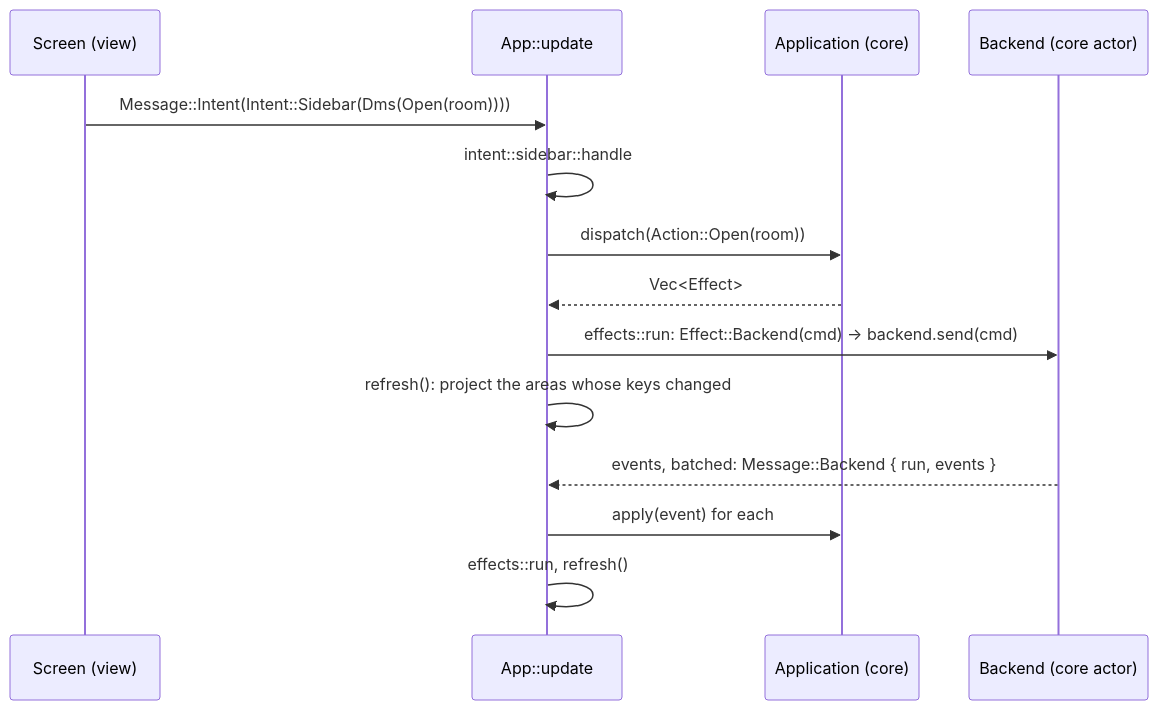
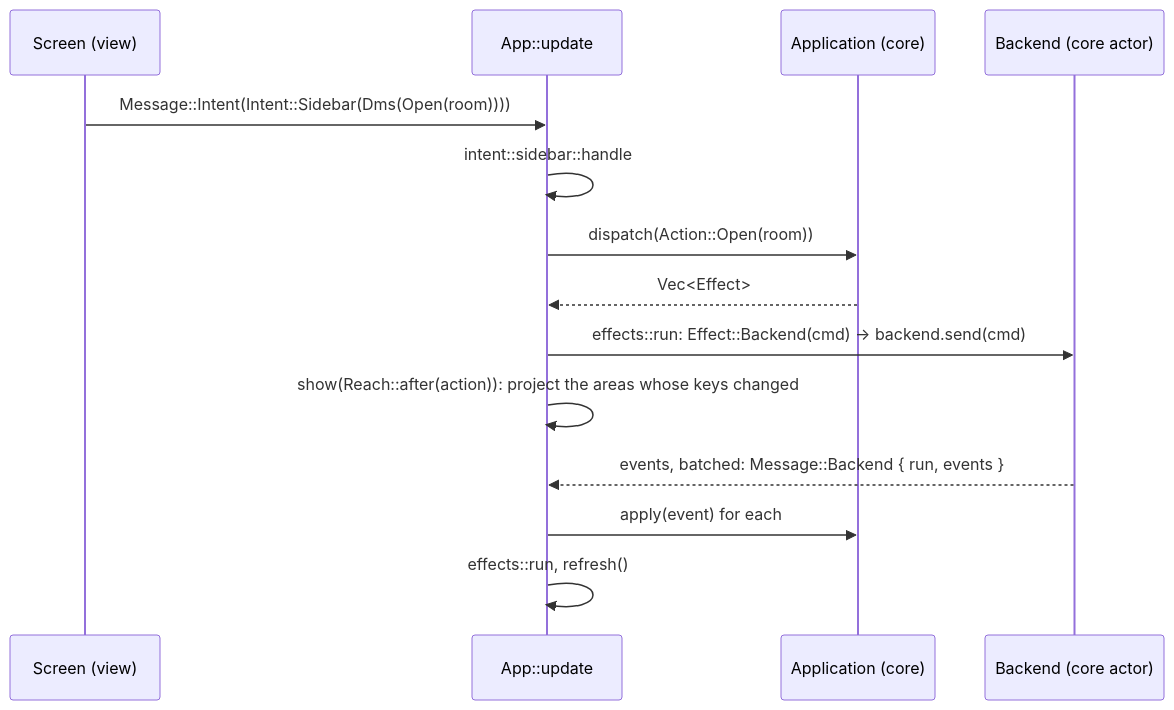
The second of 2 diagrams in docs/iced/README.md (yapfast/yapfast), drawn with Mermaid before and after one commit. The commit also changed other lines of this file and 20 other files, not shown here.

````diff
--- a/docs/iced/README.md
+++ b/docs/iced/README.md
@@ -147,16 +147,16 @@
 ```mermaid
 sequenceDiagram
     participant S as Screen (view)
     participant U as App::update
     participant C as Application (core)
     participant B as Backend (core actor)
     S->>U: Message::Intent(Intent::Sidebar(Dms(Open(room))))
     U->>U: intent::sidebar::handle
     U->>C: dispatch(Action::Open(room))
     C-->>U: Vec<Effect>
     U->>B: effects::run: Effect::Backend(cmd) → backend.send(cmd)
-    U->>U: refresh(): project the areas whose keys changed
+    U->>U: show(Reach::after(action)): project the areas whose keys changed
     B-->>U: events, batched: Message::Backend { run, events }
     U->>C: apply(event) for each
     U->>U: effects::run, refresh()
 ```
````
